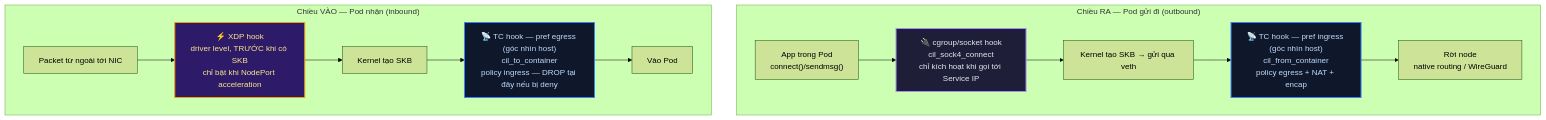
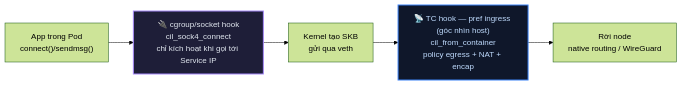
The first of 5 diagrams in kubernetes-networking/k8s-lab/tap-26-ebpf-hooks/lab-guide.md (thangphan205/network-thuc-chien), drawn with Mermaid (forest theme) before and after one commit. The commit also changed other lines of this file, not shown here.

Commit message:
docs: refactor eBPF hook mermaid diagrams and add Claude project permission configurations

````diff
--- a/kubernetes-networking/k8s-lab/tap-26-ebpf-hooks/lab-guide.md
+++ b/kubernetes-networking/k8s-lab/tap-26-ebpf-hooks/lab-guide.md
@@ -7,21 +9,10 @@
 ```mermaid
-flowchart TB
-  subgraph out ["Chiều RA — Pod gửi đi (outbound)"]
-    A1["App trong Pod<br/>connect()/sendmsg()"] --> A2["🔌 cgroup/socket hook<br/>cil_sock4_connect<br/>chỉ kích hoạt khi gọi tới Service IP"]
-    A2 --> A3["Kernel tạo SKB → gửi qua veth"]
-    A3 --> A4["📡 TC hook — pref ingress (góc nhìn host)<br/>cil_from_container<br/>policy egress + NAT + encap"]
-    A4 --> A5["Rời node<br/>native routing / WireGuard"]
-  end
-
-  subgraph in ["Chiều VÀO — Pod nhận (inbound)"]
-    B1["Packet từ ngoài tới NIC"] --> B2["⚡ XDP hook<br/>driver level, TRƯỚC khi có SKB<br/>chỉ bật khi NodePort acceleration"]
-    B2 --> B3["Kernel tạo SKB"]
-    B3 --> B4["📡 TC hook — pref egress (góc nhìn host)<br/>cil_to_container<br/>policy ingress — DROP tại đây nếu bị deny"]
-    B4 --> B5["Vào Pod"]
-  end
+flowchart LR
+  A1["App trong Pod<br/>connect()/sendmsg()"] --> A2["🔌 cgroup/socket hook<br/>cil_sock4_connect<br/>chỉ kích hoạt khi gọi tới Service IP"]
+  A2 --> A3["Kernel tạo SKB<br/>gửi qua veth"]
+  A3 --> A4["📡 TC hook — pref ingress (góc nhìn host)<br/>cil_from_container<br/>policy egress + NAT + encap"]
+  A4 --> A5["Rời node<br/>native routing / WireGuard"]
 
   style A2 fill:#1e1e38,stroke:#a78bfa,stroke-width:2px,color:#e2e8f0
   style A4 fill:#0f172a,stroke:#3b82f6,stroke-width:2px,color:#bfdbfe
-  style B2 fill:#2d1b69,stroke:#f59e0b,stroke-width:2px,color:#fde68a
-  style B4 fill:#0f172a,stroke:#3b82f6,stroke-width:2px,color:#bfdbfe
 ```
````
